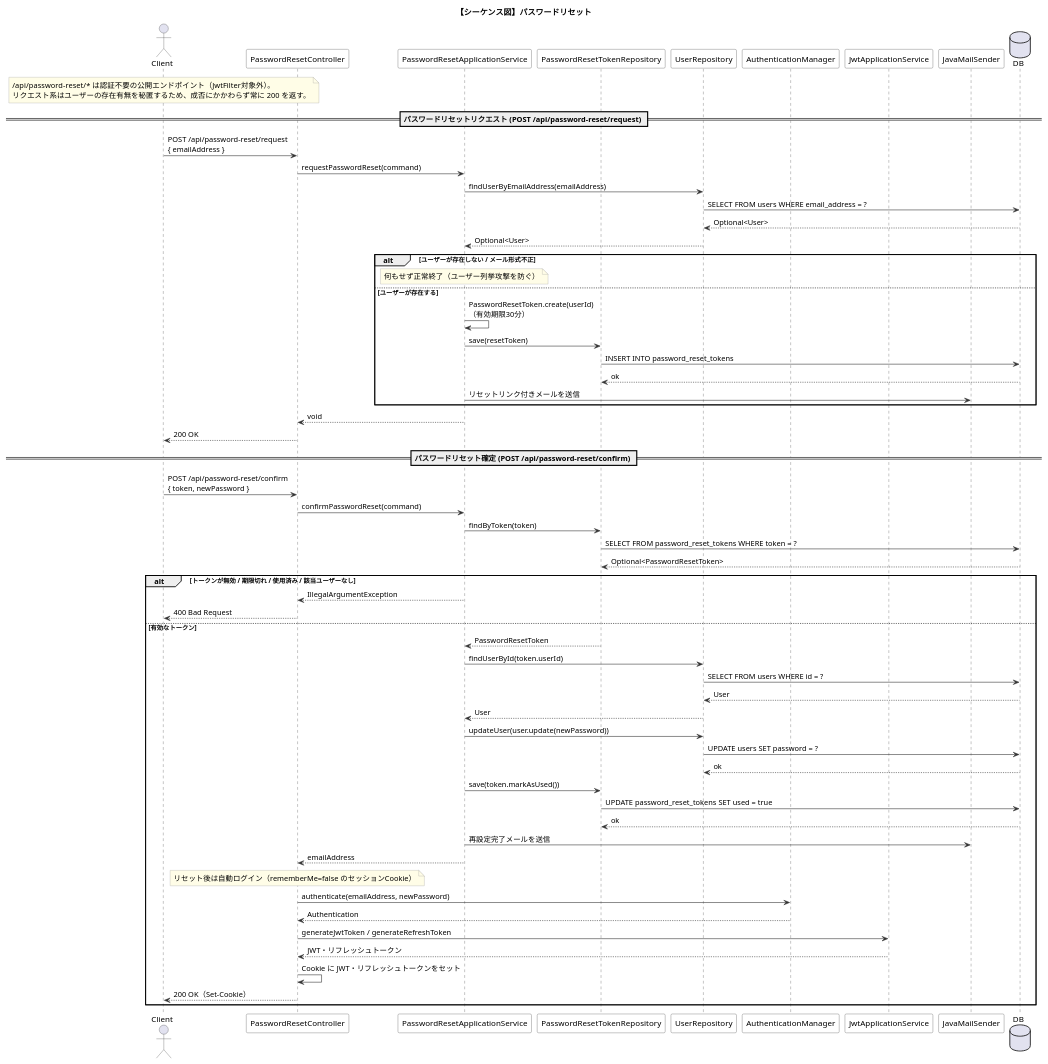
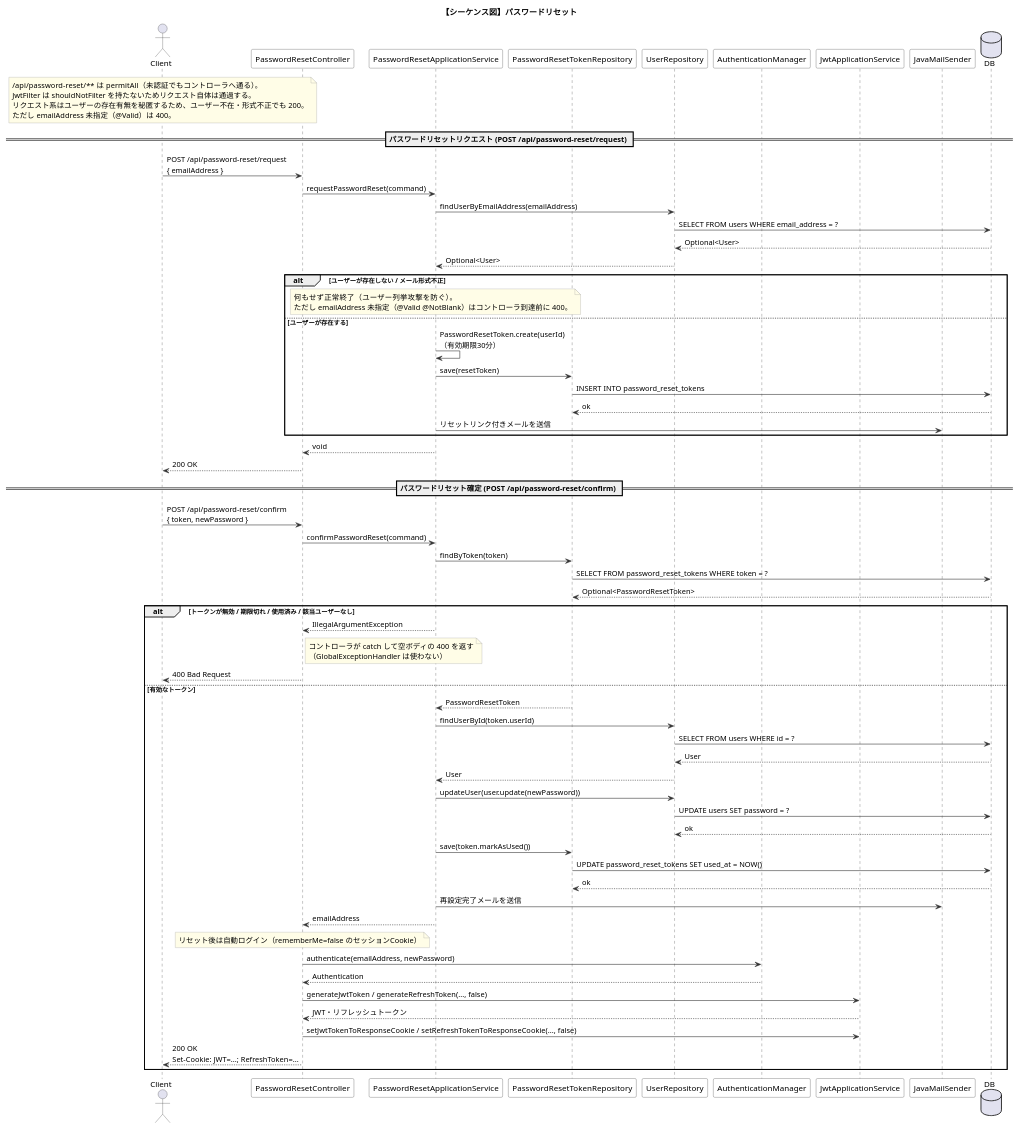
The diagram in docs/sequence-password-reset.puml (stra24/elms-backend), drawn with PlantUML before and after one commit. The commit also changed 47 other files, not shown here.

Commit message:
シーケンス図の最新化。テストメソッド名の統一。

```diff
--- a/docs/sequence-password-reset.puml
+++ b/docs/sequence-password-reset.puml
@@ -1,103 +1,110 @@
 @startuml sequence-password-reset
 title 【シーケンス図】パスワードリセット
 
 skinparam sequence {
   ArrowColor #333333
   ActorBorderColor #333333
   LifeLineBorderColor #333333
   ParticipantBorderColor #333333
   ParticipantBackgroundColor White
 }
 skinparam noteBackgroundColor #FFFDE7
 skinparam noteBorderColor #999999
 
 actor Client
 participant "PasswordResetController" as Controller
 participant "PasswordResetApplicationService" as AppService
 participant "PasswordResetTokenRepository" as TokenRepo
 participant "UserRepository" as UserRepo
 participant "AuthenticationManager" as AuthManager
 participant "JwtApplicationService" as JwtService
 participant "JavaMailSender" as Mail
 database "DB" as DB
 
 note over Client
-  /api/password-reset/* は認証不要の公開エンドポイント（JwtFilter対象外）。
-  リクエスト系はユーザーの存在有無を秘匿するため、成否にかかわらず常に 200 を返す。
+  /api/password-reset/** は permitAll（未認証でもコントローラへ通る）。
+  JwtFilter は shouldNotFilter を持たないためリクエスト自体は通過する。
+  リクエスト系はユーザーの存在有無を秘匿するため、ユーザー不在・形式不正でも 200。
+  ただし emailAddress 未指定（@Valid）は 400。
 end note
 
 ' ============================================================
 ' パスワードリセットリクエスト
 ' ============================================================
 == パスワードリセットリクエスト (POST /api/password-reset/request) ==
 
 Client -> Controller : POST /api/password-reset/request\n{ emailAddress }
 
 Controller -> AppService : requestPasswordReset(command)
 
 AppService -> UserRepo : findUserByEmailAddress(emailAddress)
 UserRepo -> DB : SELECT FROM users WHERE email_address = ?
 DB --> UserRepo : Optional<User>
 UserRepo --> AppService : Optional<User>
 
 alt ユーザーが存在しない / メール形式不正
   note over AppService
-    何もせず正常終了（ユーザー列挙攻撃を防ぐ）
+    何もせず正常終了（ユーザー列挙攻撃を防ぐ）。
+    ただし emailAddress 未指定（@Valid @NotBlank）はコントローラ到達前に 400。
   end note
 else ユーザーが存在する
   AppService -> AppService : PasswordResetToken.create(userId)\n（有効期限30分）
   AppService -> TokenRepo : save(resetToken)
   TokenRepo -> DB : INSERT INTO password_reset_tokens
   DB --> TokenRepo : ok
   AppService -> Mail : リセットリンク付きメールを送信
 end
 
 AppService --> Controller : void
 Controller --> Client : 200 OK
 
 ' ============================================================
 ' パスワードリセット確定（＋自動ログイン）
 ' ============================================================
 == パスワードリセット確定 (POST /api/password-reset/confirm) ==
 
 Client -> Controller : POST /api/password-reset/confirm\n{ token, newPassword }
 
 Controller -> AppService : confirmPasswordReset(command)
 
 AppService -> TokenRepo : findByToken(token)
 TokenRepo -> DB : SELECT FROM password_reset_tokens WHERE token = ?
 DB --> TokenRepo : Optional<PasswordResetToken>
 
 alt トークンが無効 / 期限切れ / 使用済み / 該当ユーザーなし
   AppService --> Controller : IllegalArgumentException
+  note right of Controller
+    コントローラが catch して空ボディの 400 を返す
+    （GlobalExceptionHandler は使わない）
+  end note
   Controller --> Client : 400 Bad Request
 else 有効なトークン
   TokenRepo --> AppService : PasswordResetToken
 
   AppService -> UserRepo : findUserById(token.userId)
   UserRepo -> DB : SELECT FROM users WHERE id = ?
   DB --> UserRepo : User
   UserRepo --> AppService : User
 
   AppService -> UserRepo : updateUser(user.update(newPassword))
   UserRepo -> DB : UPDATE users SET password = ?
   DB --> UserRepo : ok
   AppService -> TokenRepo : save(token.markAsUsed())
-  TokenRepo -> DB : UPDATE password_reset_tokens SET used = true
+  TokenRepo -> DB : UPDATE password_reset_tokens SET used_at = NOW()
   DB --> TokenRepo : ok
   AppService -> Mail : 再設定完了メールを送信
 
   AppService --> Controller : emailAddress
 
   note over Controller
     リセット後は自動ログイン（rememberMe=false のセッションCookie）
   end note
   Controller -> AuthManager : authenticate(emailAddress, newPassword)
   AuthManager --> Controller : Authentication
-  Controller -> JwtService : generateJwtToken / generateRefreshToken
+  Controller -> JwtService : generateJwtToken / generateRefreshToken(..., false)
   JwtService --> Controller : JWT・リフレッシュトークン
-  Controller -> Controller : Cookie に JWT・リフレッシュトークンをセット
-  Controller --> Client : 200 OK（Set-Cookie）
+  Controller -> JwtService : setJwtTokenToResponseCookie / setRefreshTokenToResponseCookie(..., false)
+  Controller --> Client : 200 OK\nSet-Cookie: JWT=...; RefreshToken=...
 end
 
 @enduml
```
